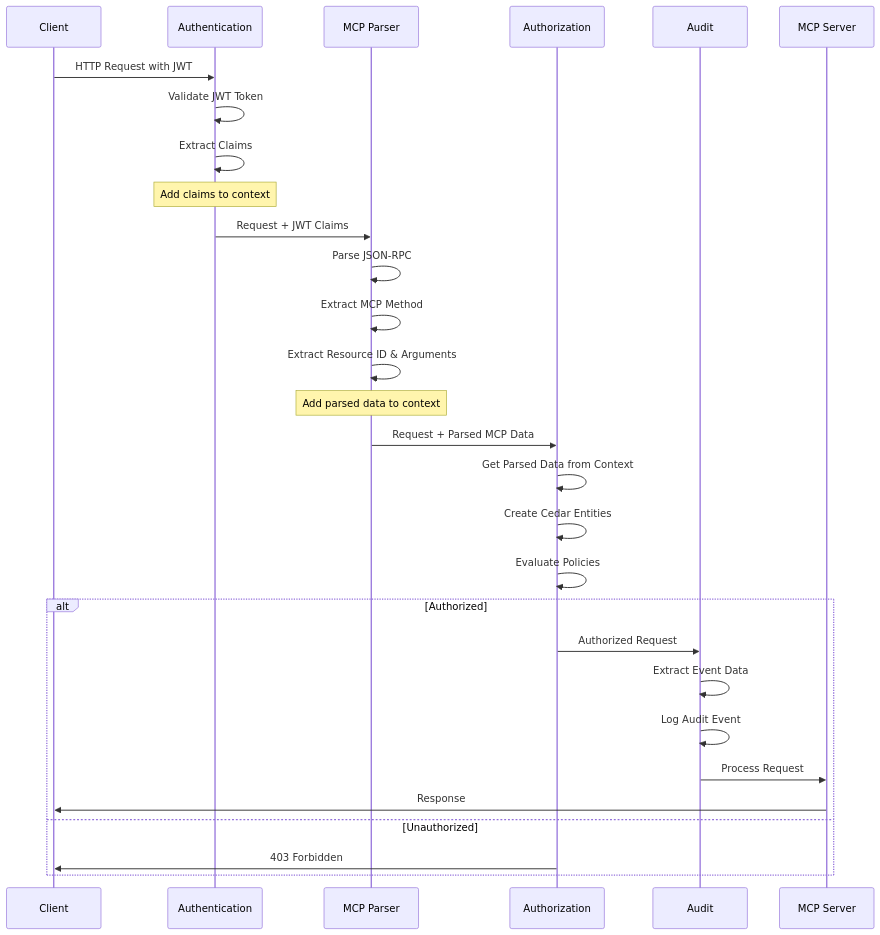
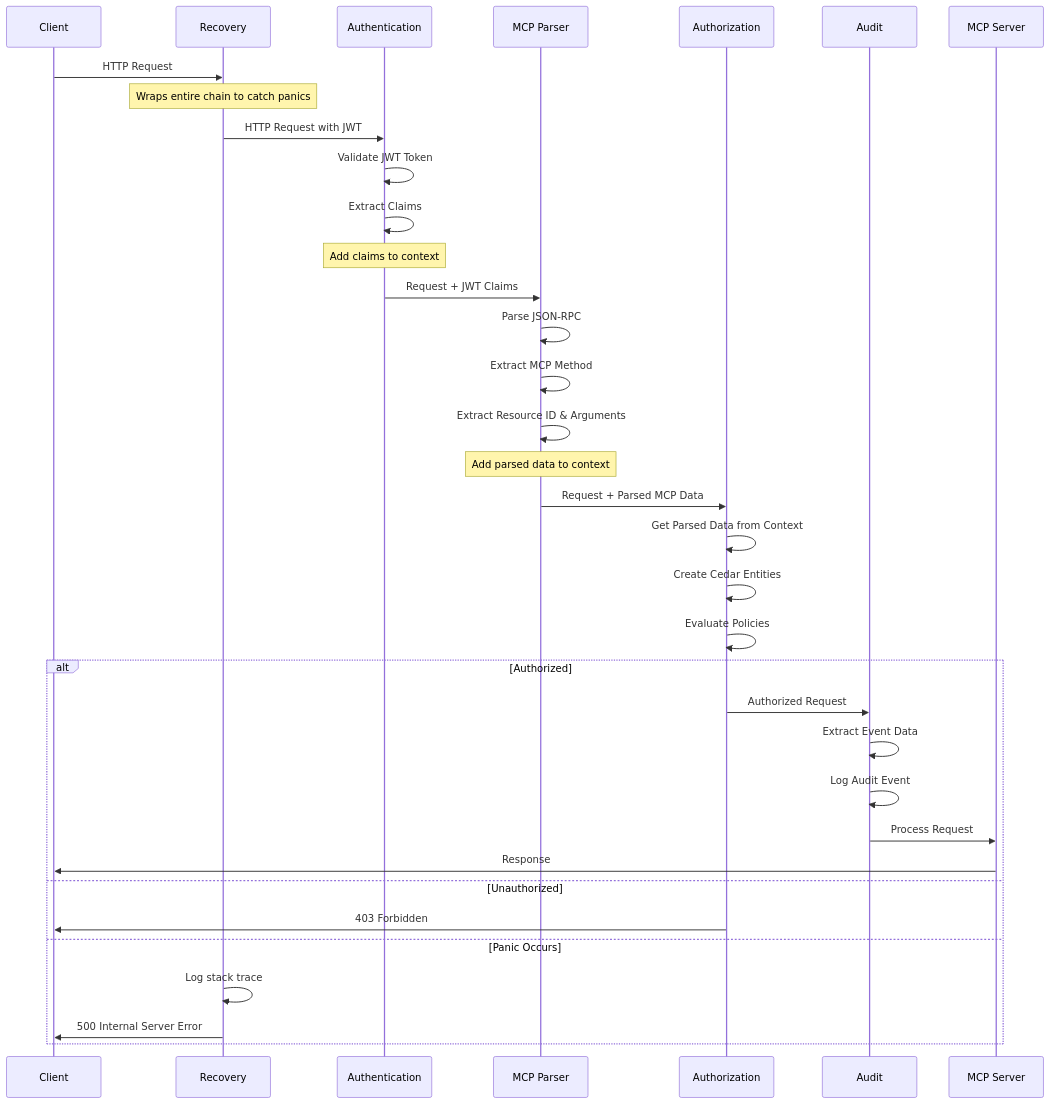
Before and after one commit to stacklok/toolhive: the second of 4 diagrams in docs/middleware.md, drawn with Mermaid. The commit also changed other lines of this file and 1 other file, not shown here.

````diff
--- a/docs/middleware.md
+++ b/docs/middleware.md
@@ -57,35 +67,42 @@
 ```mermaid
 sequenceDiagram
     participant Client
+    participant Recovery as Recovery
     participant Auth as Authentication
     participant Parser as MCP Parser
     participant Authz as Authorization
     participant Audit as Audit
     participant Server as MCP Server
-    
-    Client->>Auth: HTTP Request with JWT
+
+    Client->>Recovery: HTTP Request
+    Note over Recovery: Wraps entire chain to catch panics
+
+    Recovery->>Auth: HTTP Request with JWT
     Auth->>Auth: Validate JWT Token
     Auth->>Auth: Extract Claims
     Note over Auth: Add claims to context
-    
+
     Auth->>Parser: Request + JWT Claims
     Parser->>Parser: Parse JSON-RPC
     Parser->>Parser: Extract MCP Method
     Parser->>Parser: Extract Resource ID & Arguments
     Note over Parser: Add parsed data to context
-    
+
     Parser->>Authz: Request + Parsed MCP Data
     Authz->>Authz: Get Parsed Data from Context
     Authz->>Authz: Create Cedar Entities
     Authz->>Authz: Evaluate Policies
-    
+
     alt Authorized
         Authz->>Audit: Authorized Request
         Audit->>Audit: Extract Event Data
         Audit->>Audit: Log Audit Event
         Audit->>Server: Process Request
         Server->>Client: Response
     else Unauthorized
         Authz->>Client: 403 Forbidden
+    else Panic Occurs
+        Recovery->>Recovery: Log stack trace
+        Recovery->>Client: 500 Internal Server Error
     end
 ```
````
